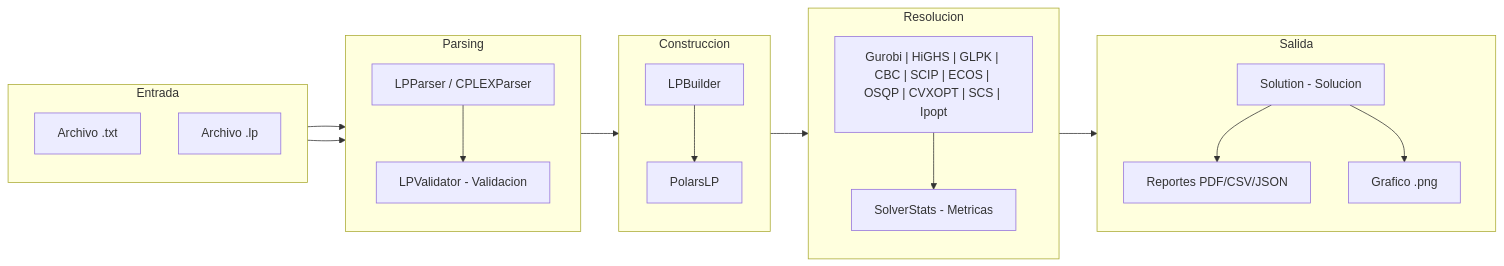
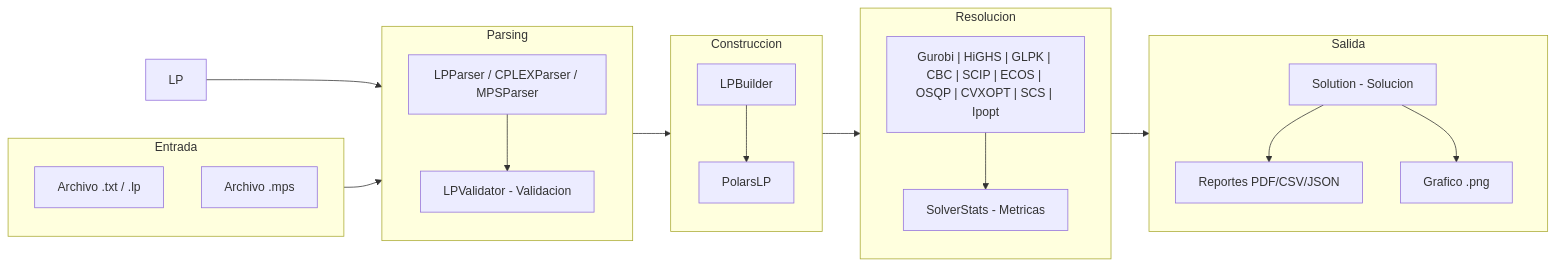
Before and after one commit to Jesus-MMM/ISLA-LP-Benchmark: the second of 35 diagrams in README.md, drawn with Mermaid. The commit also changed other lines of this file and 4 other files, not shown here.

````diff
--- a/README.md
+++ b/README.md
@@ -144,44 +149,44 @@
 ```mermaid
 flowchart LR
     subgraph ENTRADA["Entrada"]
         direction TB
-        TXT["Archivo .txt"]
-        LP["Archivo .lp"]
+        TXT["Archivo .txt / .lp"]
+        MPS["Archivo .mps"]
     end
     
     subgraph PARSEO["Parsing"]
         direction TB
-        PARSER["LPParser / CPLEXParser"]
+        PARSER["LPParser / CPLEXParser / MPSParser"]
         VALID["LPValidator - Validacion"]
     end
     
     subgraph CONSTRUCCION["Construccion"]
         direction TB
         BUILD["LPBuilder"]
         POLARS["PolarsLP"]
     end
     
     subgraph RESOLUCION["Resolucion"]
         direction TB
         SOLVERS["Gurobi | HiGHS | GLPK | CBC | SCIP | ECOS | OSQP | CVXOPT | SCS | Ipopt"]
         STATS["SolverStats - Metricas"]
     end
     
     subgraph SALIDA["Salida"]
         direction TB
         SOL["Solution - Solucion"]
         REPORT["Reportes PDF/CSV/JSON"]
         VIS["Grafico .png"]
     end
     
     TXT --> PARSER
     LP --> PARSER
     PARSER --> VALID
     VALID --> BUILD
     BUILD --> POLARS
     POLARS --> SOLVERS
     SOLVERS --> STATS
     STATS --> SOL
     SOL --> REPORT
     SOL --> VIS
 ```
````
